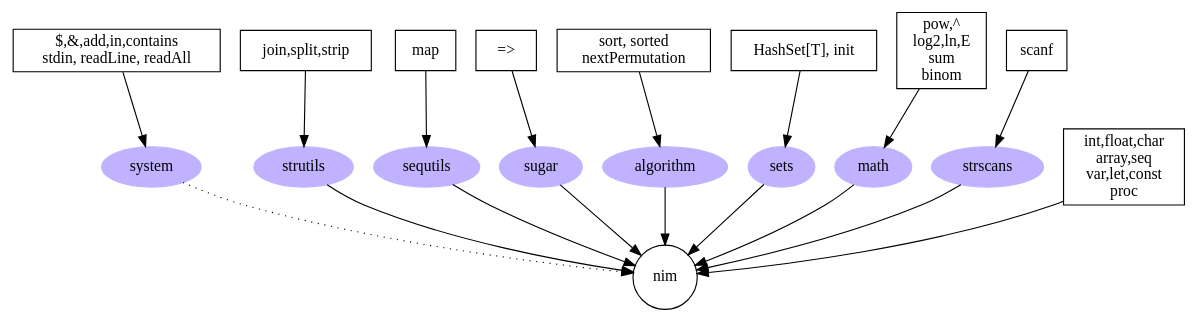
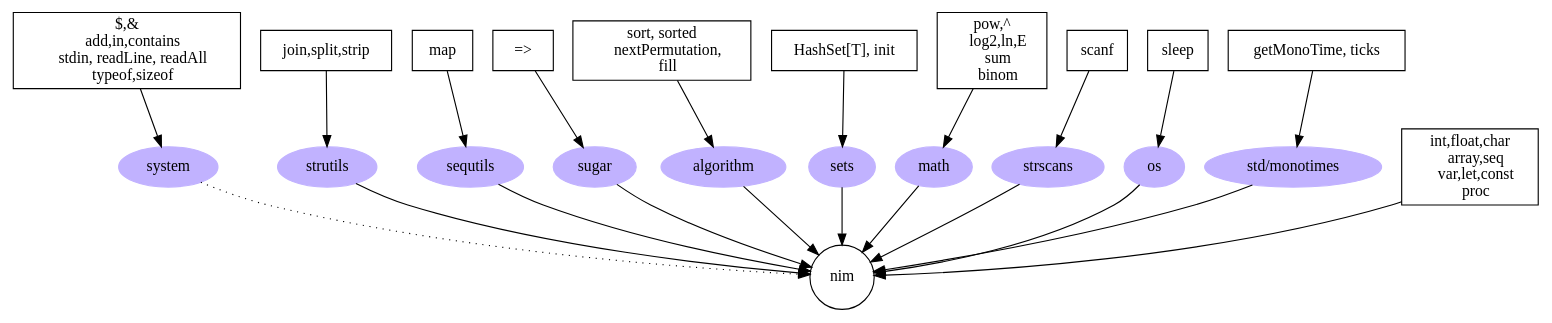
One commit to czylabsonasa/learnnim changed the diagram in graphViz/rajz.gv. Above: the diagram before and after it, drawn with Graphviz. The commit also changed 3 other files, not shown here.

```diff
--- a/graphViz/rajz.gv
+++ b/graphViz/rajz.gv
@@ -1,57 +1,94 @@
 digraph G {
   nim 
     [shape = circle, URL = "https://nim-lang.org"] ;
   
   system, strutils, 
   sequtils, sugar, 
   algorithm, sets, 
-  math, strscans
+  math, strscans, os, mon
     [style = filled, color = "0.7 0.3 1.0"] ;
+  
+  mon [label="std/monotimes"]
 
-  n0 [ label = "int,float,char\narray,seq\nvar,let,const\nproc", shape = box ]
+
+  n0 [ label = 
+    "int,float,char
+    array,seq
+    var,let,const
+    proc", 
+  shape = box ]
   n0 -> nim ;
   
 /* ************ */
   system -> nim [style = dotted] ;
-  sys0 [ label = "$,&,add,in,contains\nstdin, readLine, readAll", 
-          shape = box] ;
+  sys0 [ label = 
+    "$,&
+    add,in,contains
+    stdin, readLine, readAll
+    typeof,sizeof", 
+  shape = box] ;
   sys0 -> system ;
 
 /* ************ */
   strutils -> nim;
-  str0[ label = "join,split,strip", 
-    shape = box] ;
+  str0[ label = 
+    "join,split,strip", 
+  shape = box] ;
   str0 -> strutils ;
 
 /* ************ */
   sequtils -> nim;
-  seq0[ label = "map", 
-    shape = box] ; 
+  seq0[ label = 
+    "map", 
+  shape = box] ; 
   seq0 -> sequtils;
 /* ************ */
   sugar -> nim;
-  sug0[ label = "=>", 
-    shape = box ] ; 
+  sug0[ label = 
+    "=>", 
+  shape = box ] ; 
   sug0 -> sugar;
 /* ************ */
   algorithm -> nim;
-  alg0[label = "sort, sorted\nnextPermutation", 
-    shape = box ]
+  alg0[label = 
+    "sort, sorted
+    nextPermutation,
+    fill", 
+  shape = box ]
   alg0 -> algorithm    
 /* ************ */
   sets -> nim;
-  set0[ label = "HashSet[T], init", 
-    shape = box ] ; 
+  set0[ label = 
+    "HashSet[T], init", 
+  shape = box ] ; 
   set0 -> sets;
 
 /* ************ */
   math -> nim;
-  mat0[ label = "pow,^\nlog2,ln,E\nsum\nbinom", 
-    shape = box ] ; 
-  mat0 -> math;
+  mat0[ label = 
+    "pow,^
+    log2,ln,E
+    sum
+    binom", 
+  shape = box ] ; 
+  mat0 -> math ;
 
   strscans -> nim;
-  scan0[ label = "scanf", 
-    shape = box ]
-  scan0 -> strscans
+  scan0[ label = 
+    "scanf", 
+  shape = box ]
+  scan0 -> strscans ;
+
+  os -> nim;
+  os0[ label = 
+    "sleep", 
+  shape = box ]
+  os0 -> os ;
+
+  mon -> nim;
+  mon0[ label = 
+    "getMonoTime, ticks", 
+  shape = box ]
+  mon0 -> mon ;
+
 }
```
